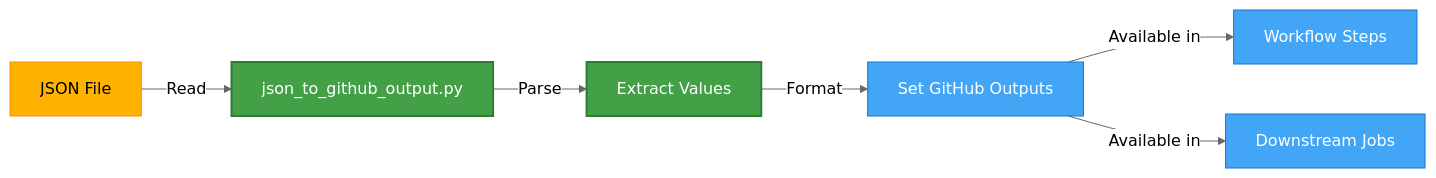
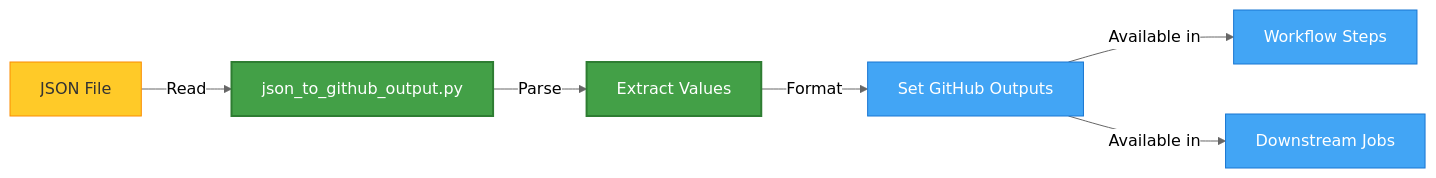
One commit to 7rikazhexde/json2vars-setter changed the diagram in docs/features/json-to-variables.md. Above: the diagram before and after it, drawn with Mermaid (neutral theme). The commit also changed 9 other files, not shown here.

Commit message:
:art: Update Mermaid diagrams and styles for JSON to Variables Setter documentation

````diff
--- a/docs/features/json-to-variables.md
+++ b/docs/features/json-to-variables.md
@@ -9,16 +9,16 @@
 ```mermaid
 graph LR
     A[JSON File] -->|Read| B[json_to_github_output.py]
     B -->|Parse| C[Extract Values]
     C -->|Format| D[Set GitHub Outputs]
     D -->|Available in| E[Workflow Steps]
     D -->|Available in| F[Downstream Jobs]
 
-    classDef input fill:#ffb300,stroke:#fb8c00,stroke-width:1px
+    classDef input fill:#ffca28,stroke:#fb8c00,stroke-width:1px,color:#333333
     classDef process fill:#43a047,stroke:#2e7d32,stroke-width:2px,color:#fff
     classDef output fill:#42a5f5,stroke:#1976d2,stroke-width:1px,color:#fff
 
     class A input
     class B,C process
     class D,E,F output
 ```
````
